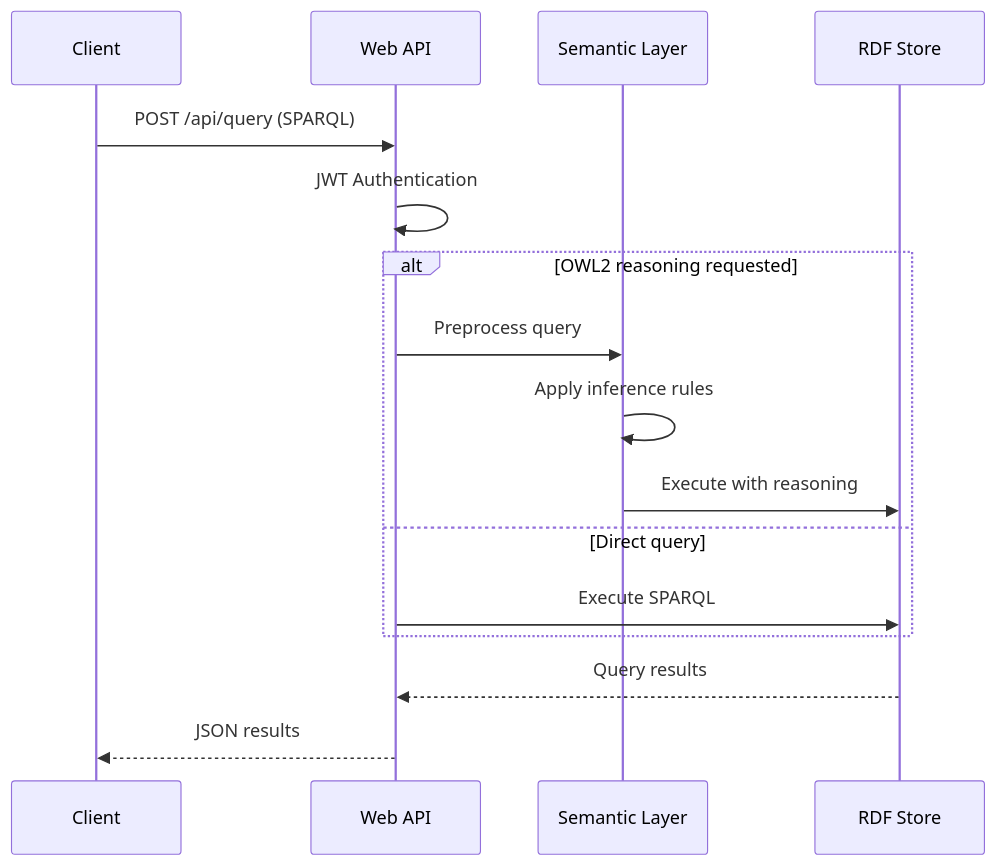
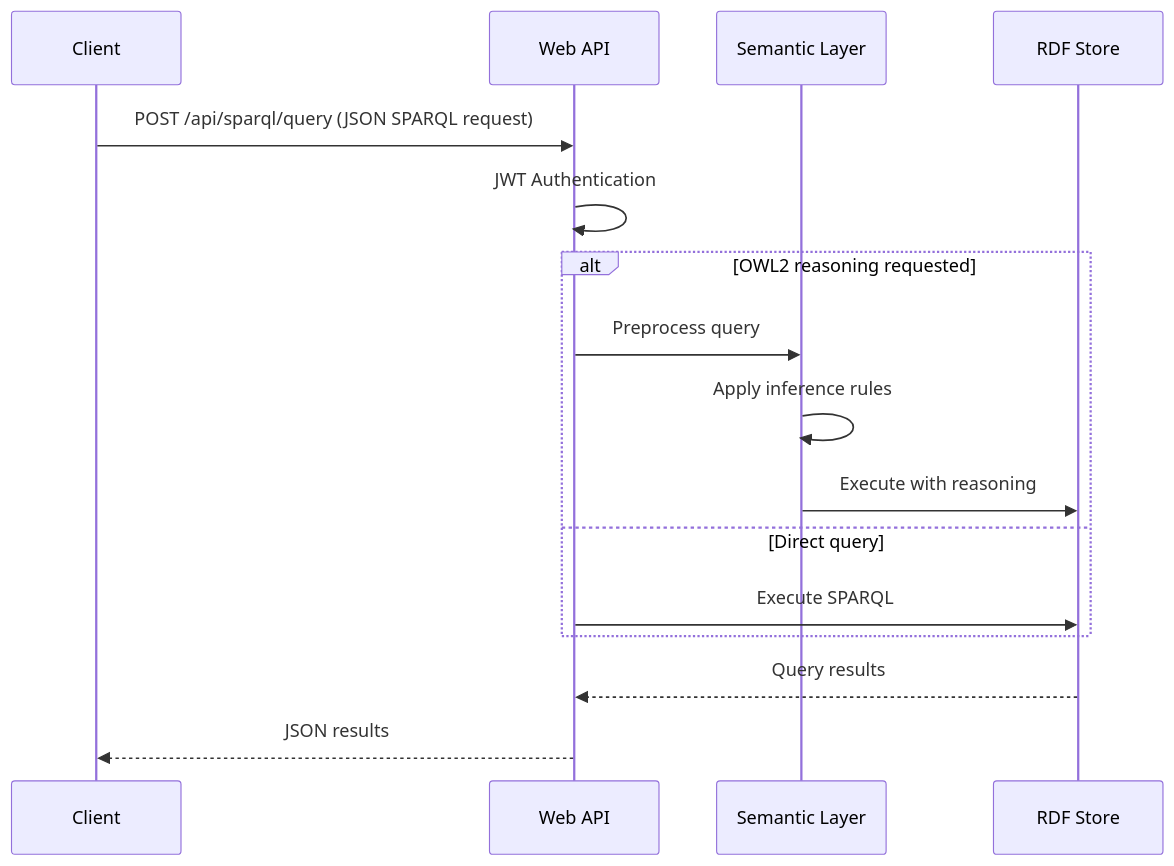
Before and after one commit to anusornc/prov-chain-pub: the third of 4 diagrams in docs/architecture/CONTAINER_ARCHITECTURE.md, drawn with Mermaid. The commit also changed other lines of this file and 178 other files, not shown here.

````diff
--- a/docs/architecture/CONTAINER_ARCHITECTURE.md
+++ b/docs/architecture/CONTAINER_ARCHITECTURE.md
@@ -355,21 +394,21 @@
 ```mermaid
 sequenceDiagram
     participant Client
     participant WebAPI as Web API
     participant Semantic as Semantic Layer
     participant RDFStore as RDF Store
 
-    Client->>WebAPI: POST /api/query (SPARQL)
+    Client->>WebAPI: POST /api/sparql/query (JSON SPARQL request)
     WebAPI->>WebAPI: JWT Authentication
 
     alt OWL2 reasoning requested
         WebAPI->>Semantic: Preprocess query
         Semantic->>Semantic: Apply inference rules
         Semantic->>RDFStore: Execute with reasoning
     else Direct query
         WebAPI->>RDFStore: Execute SPARQL
     end
 
     RDFStore-->>WebAPI: Query results
     WebAPI-->>Client: JSON results
 ```
````
